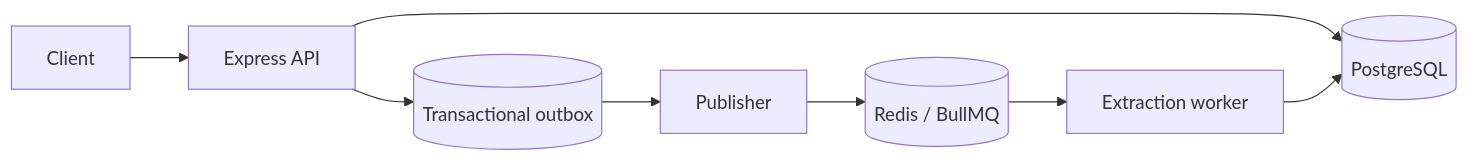
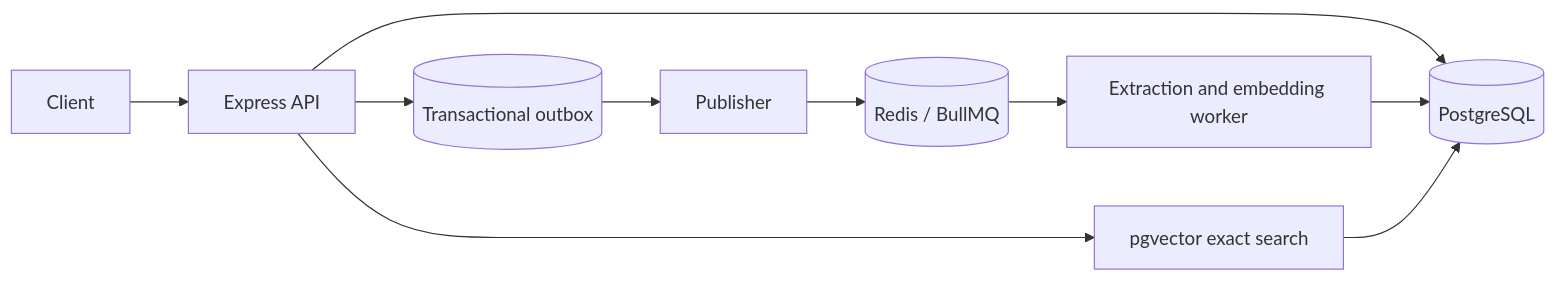
Before and after one commit to sachanritik1/sourcebook: the diagram in README.md, drawn with Mermaid. The commit also changed other lines of this file and 16 other files, not shown here.

First line of the commit message:
feat(search): add checkpointed vector indexing

````diff
--- a/README.md
+++ b/README.md
@@ -45,10 +55,12 @@
 ```mermaid
 flowchart LR
   Client --> API[Express API]
   API --> PG[(PostgreSQL)]
   API --> Outbox[(Transactional outbox)]
   Outbox --> Publisher
   Publisher --> Redis[(Redis / BullMQ)]
-  Redis --> Worker[Extraction worker]
+  Redis --> Worker[Extraction and embedding worker]
   Worker --> PG
+  API --> Vector[pgvector exact search]
+  Vector --> PG
 ```
````
